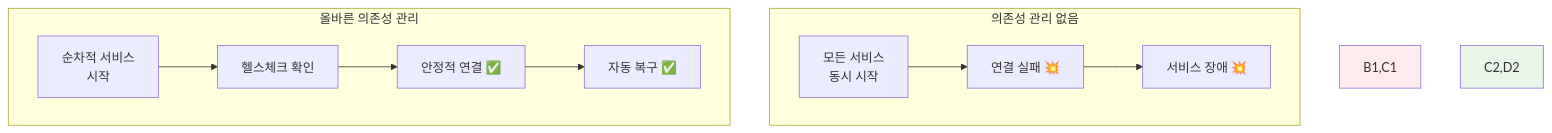
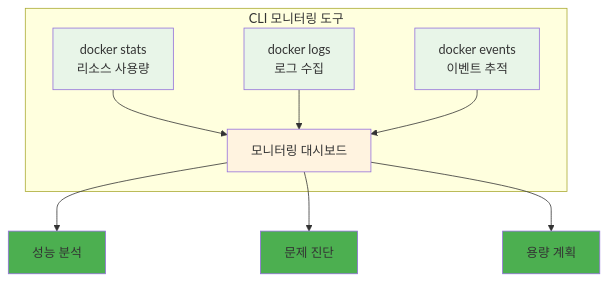
One commit to niceguy61/kdt_devops_lecture_2025 changed the diagram in theory/week_02/day1/session_3.md. Above: the diagram before and after it, drawn with Mermaid. The commit also changed other lines of this file and 27 other files, not shown here.

````diff
--- a/theory/week_02/day1/session_3.md
+++ b/theory/week_02/day1/session_3.md
@@ -36,16 +56,20 @@
 ```mermaid
 graph TB
-    subgraph "의존성 관리 없음"
-        A1[모든 서비스<br/>동시 시작] --> B1[연결 실패 💥]
-        B1 --> C1[서비스 장애 💥]
+    subgraph "CLI 모니터링 도구"
+        A[docker stats<br/>리소스 사용량] --> D[모니터링 대시보드]
+        B[docker logs<br/>로그 수집] --> D
+        C[docker events<br/>이벤트 추적] --> D
     end
     
-    subgraph "올바른 의존성 관리"
-        A2[순차적 서비스<br/>시작] --> B2[헬스체크 확인]
-        B2 --> C2[안정적 연결 ✅]
-        C2 --> D2[자동 복구 ✅]
-    end
+    D --> E[성능 분석]
+    D --> F[문제 진단]
+    D --> G[용량 계획]
     
-    style B1,C1 fill:#ffebee
-    style C2,D2 fill:#e8f5e8
+    style A fill:#e8f5e8
+    style B fill:#e8f5e8
+    style C fill:#e8f5e8
+    style D fill:#fff3e0
+    style E fill:#4caf50
+    style F fill:#4caf50
+    style G fill:#4caf50
 ```
````
